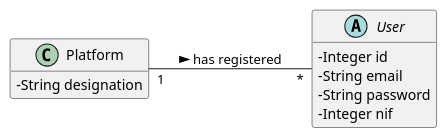
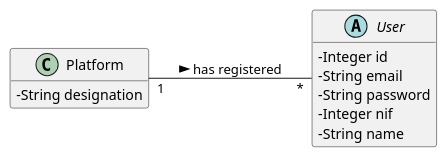
One commit to tiagoavcosta25/LAPR3 changed the diagram in docs/Iteration 1/User Management/US68_Logout/US68_DM.puml. Above: the diagram before and after it, drawn with PlantUML. The commit also changed 9 other files, not shown here.

```diff
--- a/docs/Iteration 1/User Management/US68_Logout/US68_DM.puml
+++ b/docs/Iteration 1/User Management/US68_Logout/US68_DM.puml
@@ -1,22 +1,23 @@
 @startuml
 skinparam classAttributeIconSize 0
 hide methods
 left to right direction
 
 class Platform {
 -   String designation
 }
 
 
 abstract class User{
 -Integer id
 -String email
 -String password
 -Integer nif
+-String name
 }
 
 
 
 
 Platform "1" -- "*" User : has registered >
 @enduml
```
